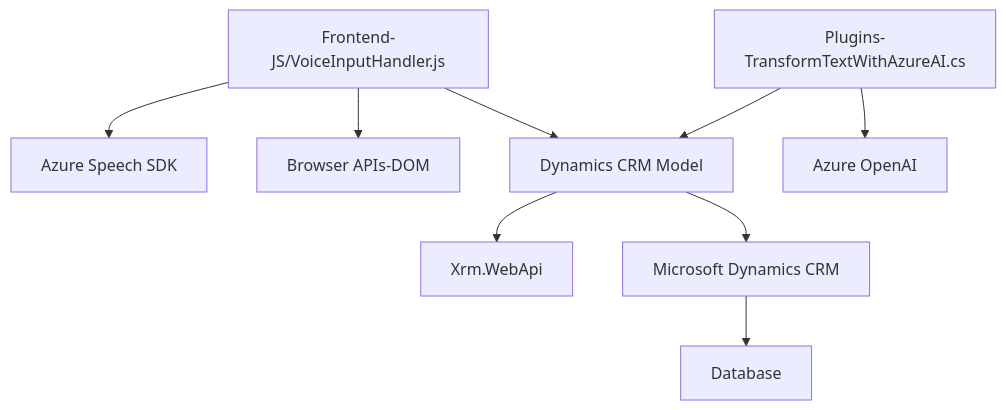
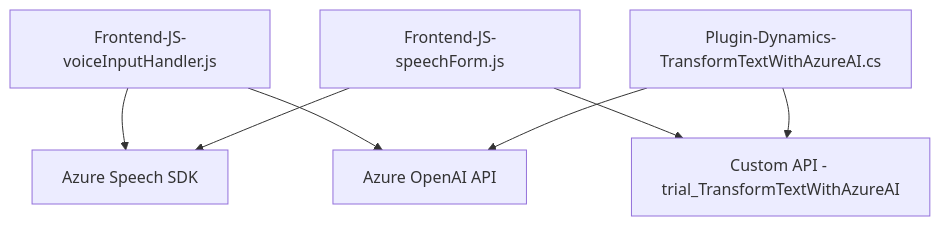
One commit to blopezdm/NETCORE_BILBAO2025 changed the diagram in README.md. Above: the diagram before and after it, drawn with Mermaid. The commit also changed other lines of this file, not shown here.

````diff
--- a/README.md
+++ b/README.md
@@ -49,11 +31,16 @@
 ```mermaid
 graph TD
-    A["Frontend-JS/VoiceInputHandler.js"] --> B["Azure Speech SDK"]
-    A --> C["Browser APIs-DOM"]
-    D["Plugins-TransformTextWithAzureAI.cs"] --> E["Dynamics CRM Model"]
-    D --> F["Azure OpenAI"]
-    E --> G["Xrm.WebApi"]
+    A["Frontend-JS-voiceInputHandler.js"]
+    B["Frontend-JS-speechForm.js"]
+    C["Plugin-Dynamics-TransformTextWithAzureAI.cs"]
+    D["Azure Speech SDK"]
+    E["Azure OpenAI API"]
+    F["Custom API - trial_TransformTextWithAzureAI"]
+
+    A --> D
     A --> E
-    E --> H["Microsoft Dynamics CRM"]
-    H --> I["Database"]
+    B --> D
+    B --> F
+    C --> E
+    C --> F
 ```
````
